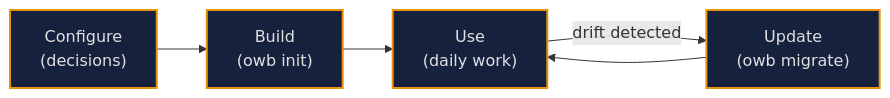
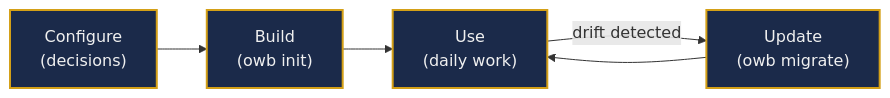
Before and after one commit to originalrgsec/open-workspace-builder: the diagram in docs/getting-started/how-it-works.md, drawn with Mermaid. The commit also changed 19 other files, not shown here.

````diff
--- a/docs/getting-started/how-it-works.md
+++ b/docs/getting-started/how-it-works.md
@@ -5,9 +5,9 @@
 ```mermaid
 graph LR
     A["Configure<br/>(decisions)"]:::node --> B["Build<br/>(owb init)"]:::node
     B --> C["Use<br/>(daily work)"]:::node
     C -->|drift detected| D["Update<br/>(owb migrate)"]:::node
     D --> C
 
-    classDef node fill:#16213E,color:#E0E0E0,stroke:#E8920D,stroke-width:2px
+    classDef node fill:#1B2A4A,color:#F0F0F0,stroke:#D4A017,stroke-width:2px
 ```
````
